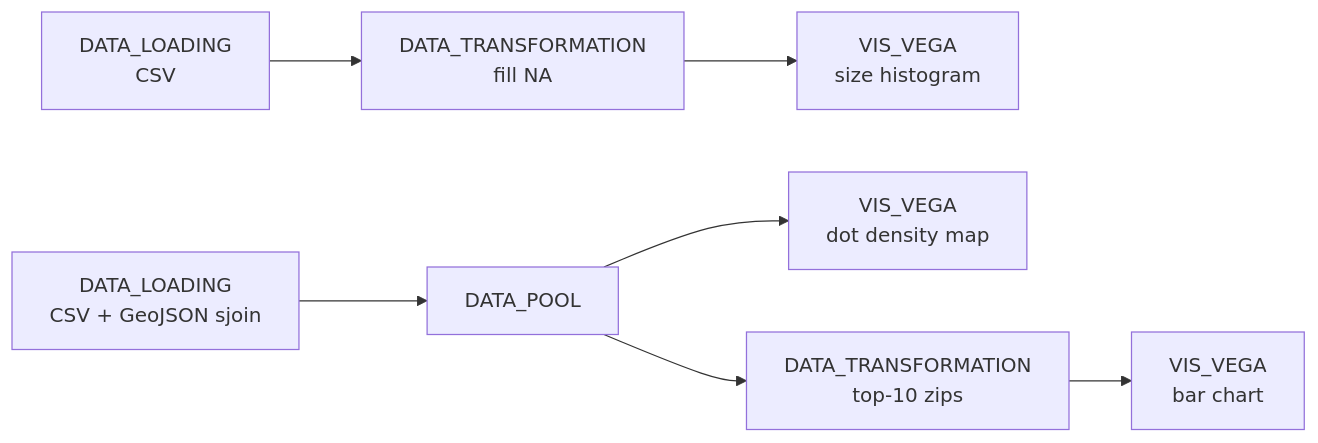
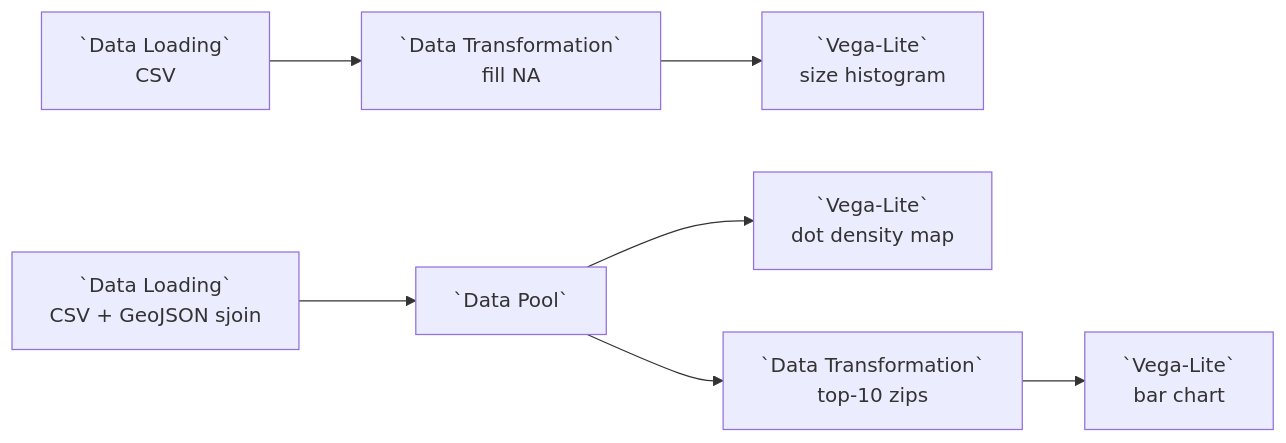
The diagram in docs/examples/02-vega-lite-spatial-density.md (urban-toolkit/curio), drawn with Mermaid before and after one commit. The commit also changed other lines of this file and 11 other files, not shown here.

````diff
--- a/docs/examples/02-vega-lite-spatial-density.md
+++ b/docs/examples/02-vega-lite-spatial-density.md
@@ -7,8 +7,8 @@
 ```mermaid
 flowchart LR
-  L1[DATA_LOADING<br/>CSV] --> T1[DATA_TRANSFORMATION<br/>fill NA] --> V1[VIS_VEGA<br/>size histogram]
+  L1[`Data Loading`<br/>CSV] --> T1[`Data Transformation`<br/>fill NA] --> V1[`Vega-Lite`<br/>size histogram]
 
-  L2[DATA_LOADING<br/>CSV + GeoJSON sjoin] --> P[DATA_POOL]
-  P --> V2[VIS_VEGA<br/>dot density map]
-  P --> T2[DATA_TRANSFORMATION<br/>top-10 zips] --> V3[VIS_VEGA<br/>bar chart]
+  L2[`Data Loading`<br/>CSV + GeoJSON sjoin] --> P[`Data Pool`]
+  P --> V2[`Vega-Lite`<br/>dot density map]
+  P --> T2[`Data Transformation`<br/>top-10 zips] --> V3[`Vega-Lite`<br/>bar chart]
 ```
````
